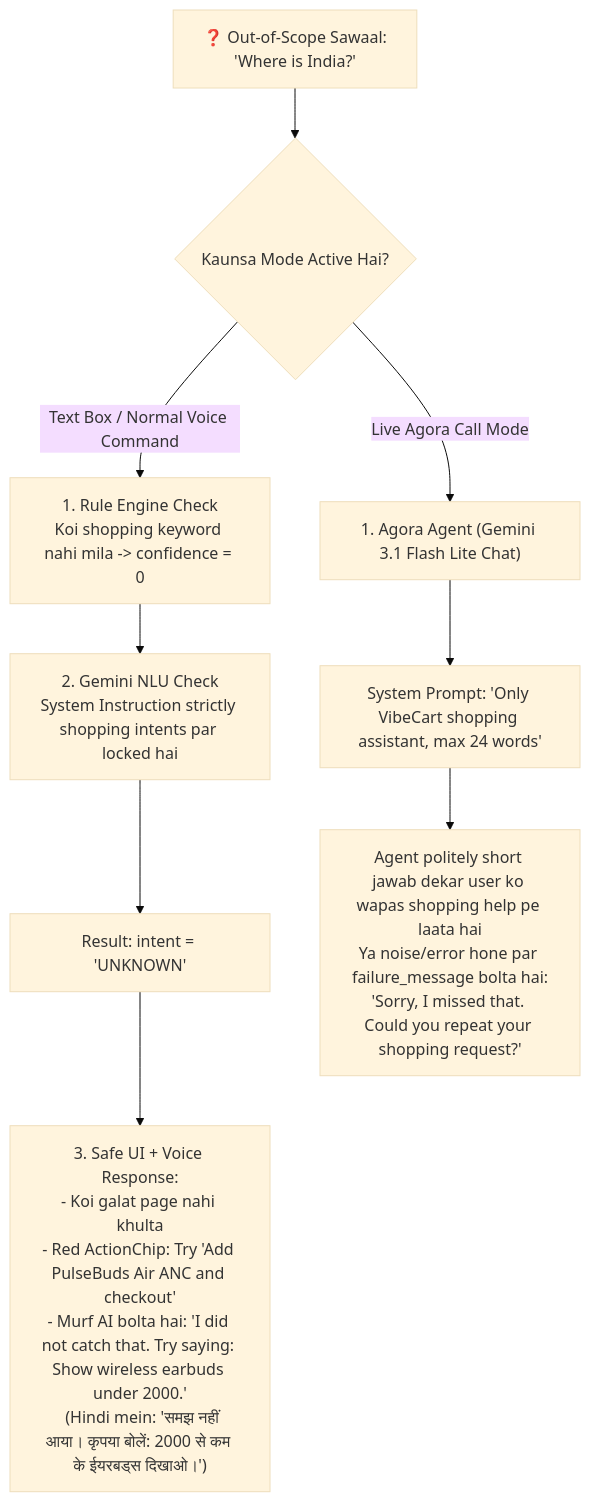
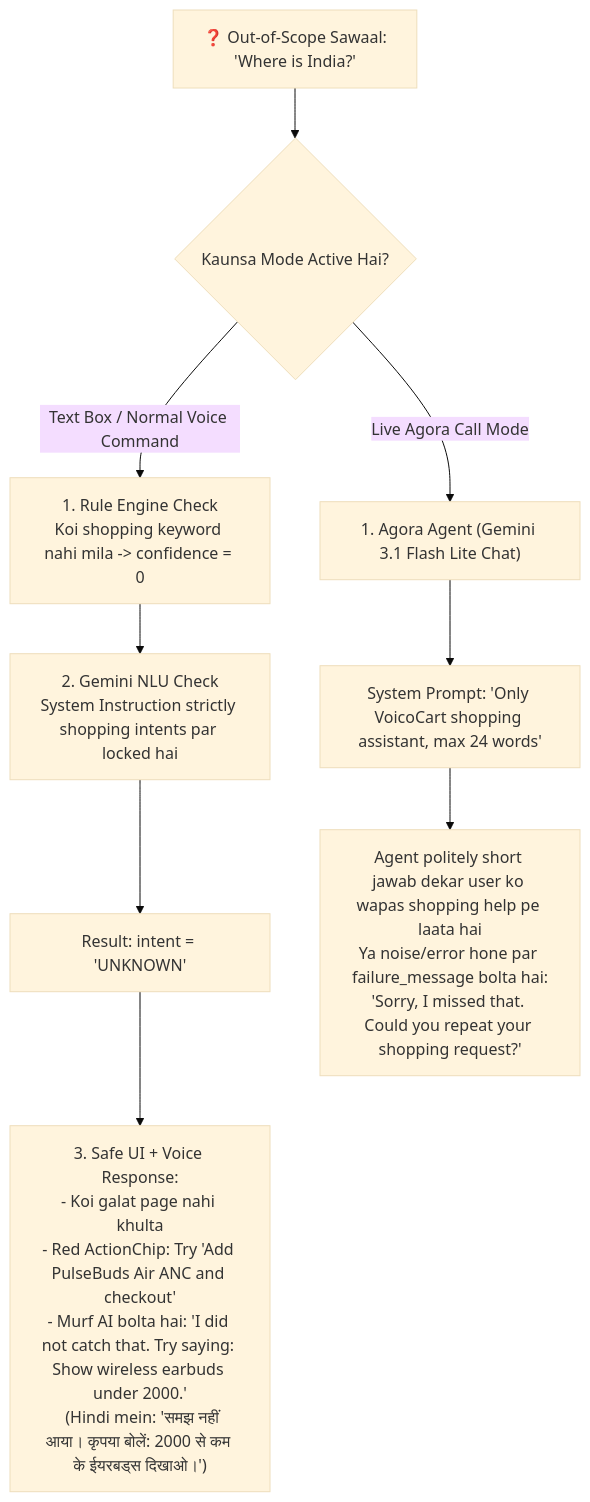
One commit to cognosolution-cpu/buildathon changed the fifth of 5 diagrams in README1.md. Above: the diagram before and after it, drawn with Mermaid (base theme). The commit also changed other lines of this file and 33 other files, not shown here.

First line of the commit message:
chore: rename project from VibeCart to VoicoCart

````diff
--- a/README1.md
+++ b/README1.md
@@ -255,13 +255,13 @@
 ```mermaid
 flowchart TD
     Q["❓ Out-of-Scope Sawaal:\n'Where is India?'"] --> ModeCheck{"Kaunsa Mode Active Hai?"}
 
     ModeCheck -- "Text Box / Normal Voice Command" --> R1["1. Rule Engine Check\nKoi shopping keyword nahi mila -> confidence = 0"]
     R1 --> G1["2. Gemini NLU Check\nSystem Instruction strictly shopping intents par locked hai"]
     G1 --> U1["Result: intent = 'UNKNOWN'"]
     U1 --> UI1["3. Safe UI + Voice Response:\n- Koi galat page nahi khulta\n- Red ActionChip: Try 'Add PulseBuds Air ANC and checkout'\n- Murf AI bolta hai: 'I did not catch that. Try saying: Show wireless earbuds under 2000.'\n  (Hindi mein: 'समझ नहीं आया। कृपया बोलें: 2000 से कम के ईयरबड्स दिखाओ।')"]
 
     ModeCheck -- "Live Agora Call Mode" --> A1["1. Agora Agent (Gemini 3.1 Flash Lite Chat)"]
-    A1 --> A2["System Prompt: 'Only VibeCart shopping assistant, max 24 words'"]
+    A1 --> A2["System Prompt: 'Only VoicoCart shopping assistant, max 24 words'"]
     A2 --> A3["Agent politely short jawab dekar user ko wapas shopping help pe laata hai\nYa noise/error hone par failure_message bolta hai:\n'Sorry, I missed that. Could you repeat your shopping request?'"]
 ```
````
